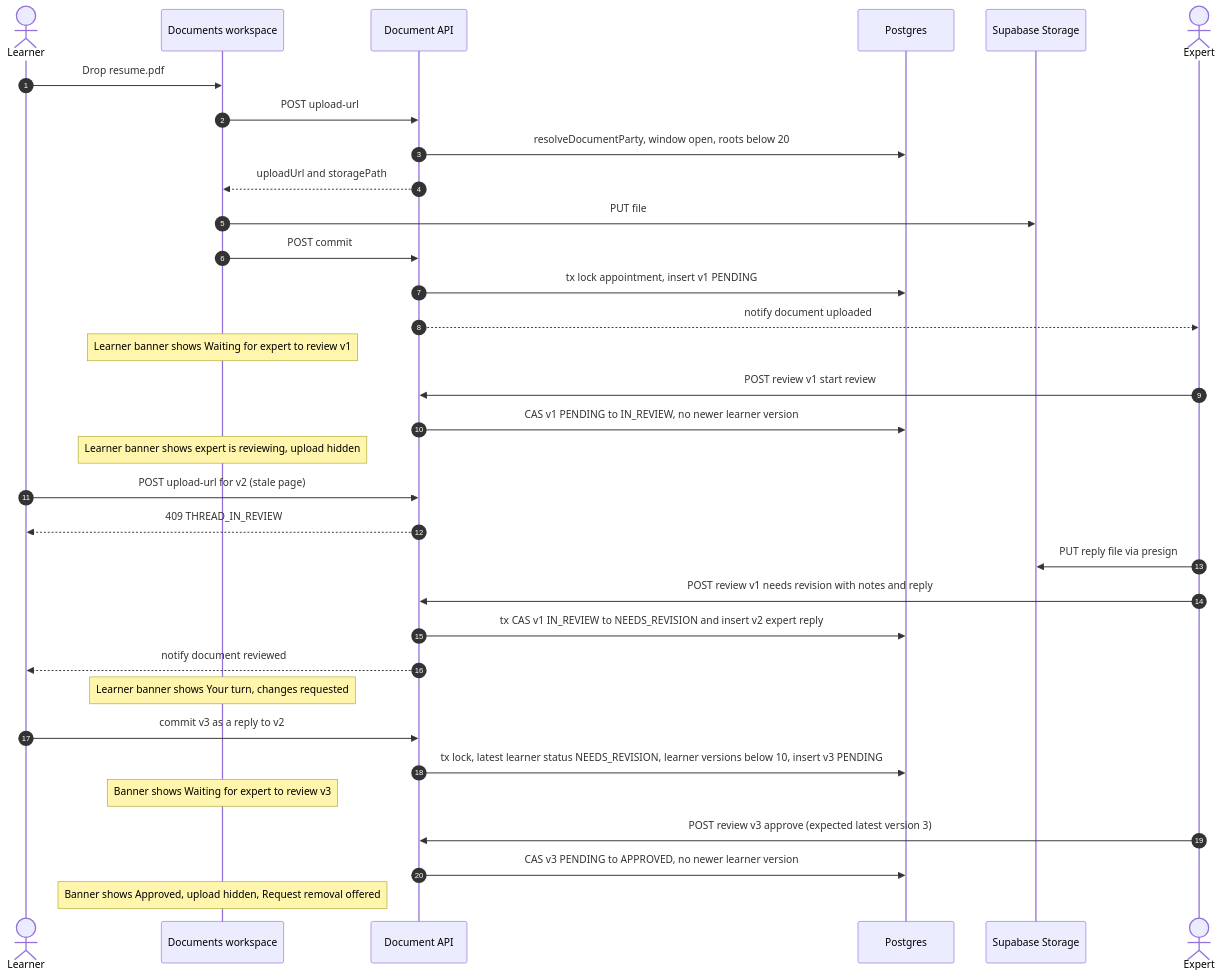
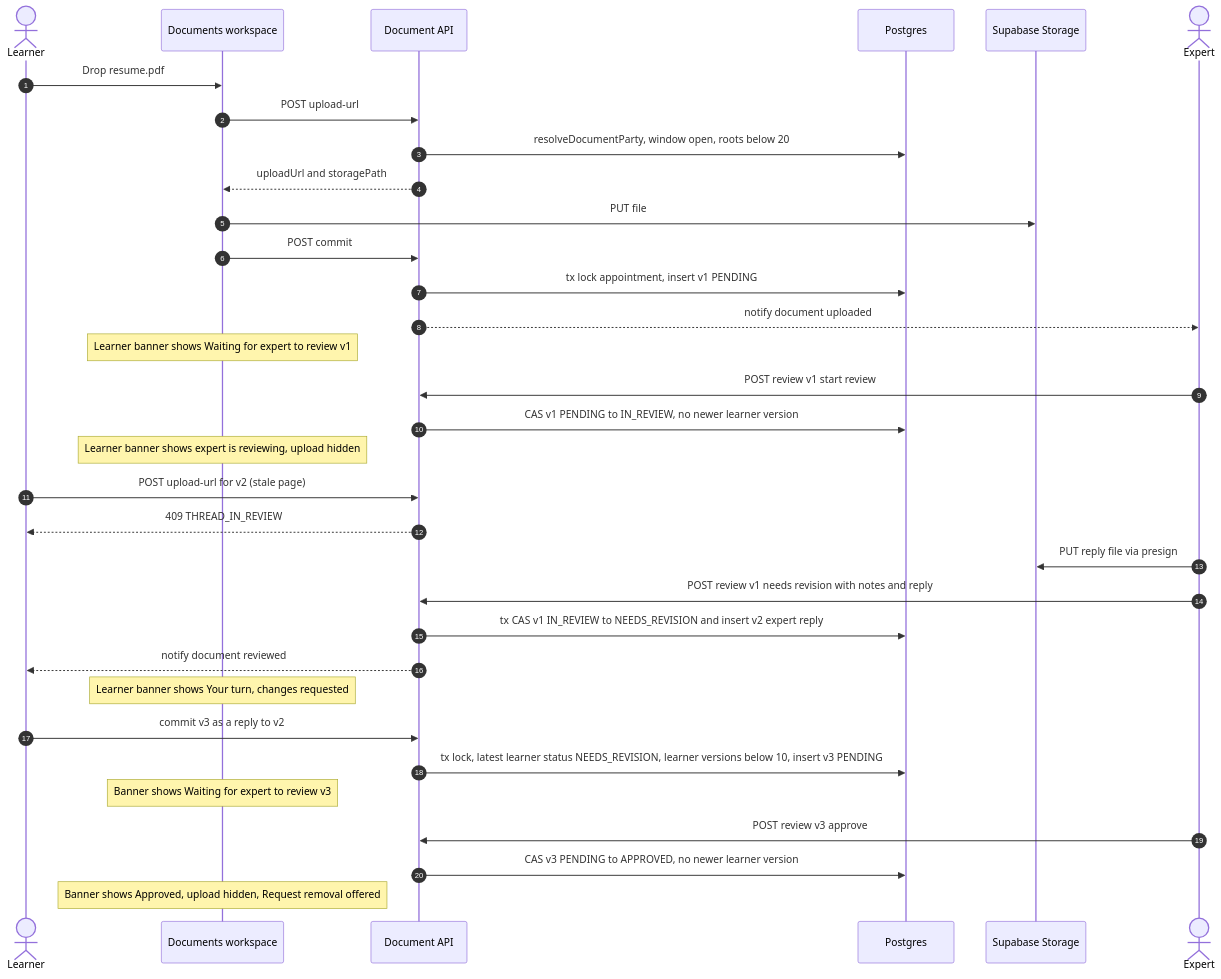
One commit to Practitionist/familiarise_web changed the third of 5 diagrams in docs/documents/README.md. Above: the diagram before and after it, drawn with Mermaid. The commit also changed other lines of this file and 6 other files, not shown here.

````diff
--- a/docs/documents/README.md
+++ b/docs/documents/README.md
@@ -520,35 +508,35 @@
 ```mermaid
 sequenceDiagram
     autonumber
     actor L as Learner
     participant W as Documents workspace
     participant API as Document API
     participant DB as Postgres
     participant S as Supabase Storage
     actor E as Expert
     L->>W: Drop resume.pdf
     W->>API: POST upload-url
     API->>DB: resolveDocumentParty, window open, roots below 20
     API-->>W: uploadUrl and storagePath
     W->>S: PUT file
     W->>API: POST commit
     API->>DB: tx lock appointment, insert v1 PENDING
     API-->>E: notify document uploaded
     Note over W: Learner banner shows Waiting for expert to review v1
     E->>API: POST review v1 start review
     API->>DB: CAS v1 PENDING to IN_REVIEW, no newer learner version
     Note over W: Learner banner shows expert is reviewing, upload hidden
     L->>API: POST upload-url for v2 (stale page)
     API-->>L: 409 THREAD_IN_REVIEW
     E->>S: PUT reply file via presign
     E->>API: POST review v1 needs revision with notes and reply
     API->>DB: tx CAS v1 IN_REVIEW to NEEDS_REVISION and insert v2 expert reply
     API-->>L: notify document reviewed
     Note over W: Learner banner shows Your turn, changes requested
     L->>API: commit v3 as a reply to v2
     API->>DB: tx lock, latest learner status NEEDS_REVISION, learner versions below 10, insert v3 PENDING
     Note over W: Banner shows Waiting for expert to review v3
-    E->>API: POST review v3 approve (expected latest version 3)
+    E->>API: POST review v3 approve
     API->>DB: CAS v3 PENDING to APPROVED, no newer learner version
     Note over W: Banner shows Approved, upload hidden, Request removal offered
 ```
````
